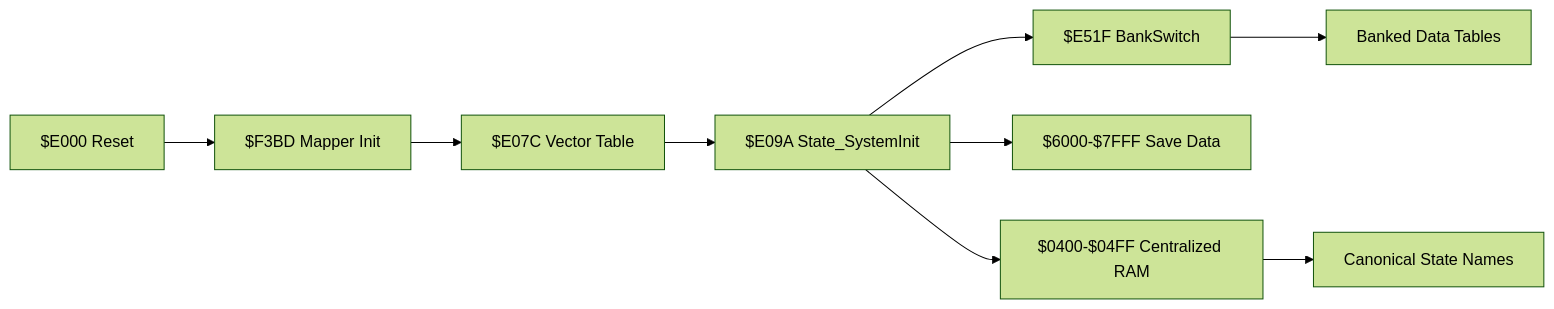
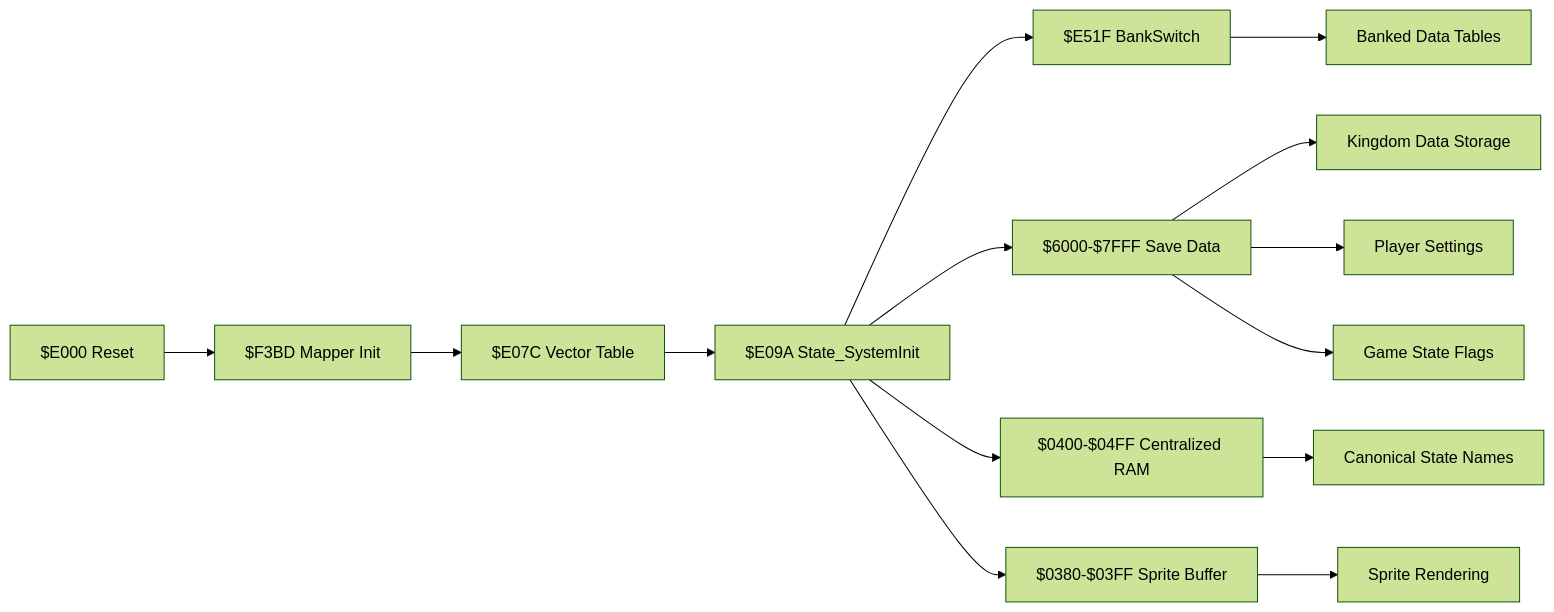
Before and after one commit to rabbyzero/sango2dasm: the ninth of 9 diagrams in .qoder/repowiki/en/content/Data Access and Memory Management/Data Access and Memory Management.md, drawn with Mermaid (forest theme). The commit also changed other lines of this file and 35 other files, not shown here.

````diff
--- a/.qoder/repowiki/en/content/Data Access and Memory Management/Data Access and Memory Management.md
+++ b/.qoder/repowiki/en/content/Data Access and Memory Management/Data Access and Memory Management.md
@@ -333,11 +482,16 @@
 ```mermaid
 graph LR
 Reset["$E000 Reset"] --> MapperInit["$F3BD Mapper Init"]
 MapperInit --> Dispatch["$E07C Vector Table"]
 Dispatch --> State0["$E09A State_SystemInit"]
 State0 --> BankSwitch["$E51F BankSwitch"]
 BankSwitch --> PRGTables["Banked Data Tables"]
 State0 --> SRAM["$6000-$7FFF Save Data"]
 State0 --> GlobalRAM["$0400-$04FF Centralized RAM"]
+State0 --> OAMBuffer["$0380-$03FF Sprite Buffer"]
 GlobalRAM --> CanonicalNames["Canonical State Names"]
+SRAM --> KingdomData["Kingdom Data Storage"]
+SRAM --> PlayerSettings["Player Settings"]
+SRAM --> GameStateFlags["Game State Flags"]
+OAMBuffer --> SpriteRendering["Sprite Rendering"]
 ```
````
